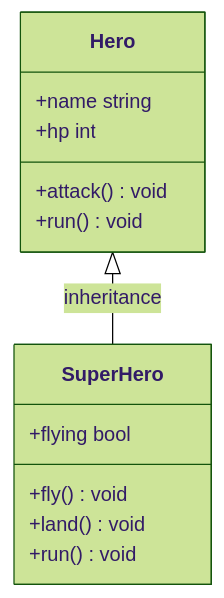
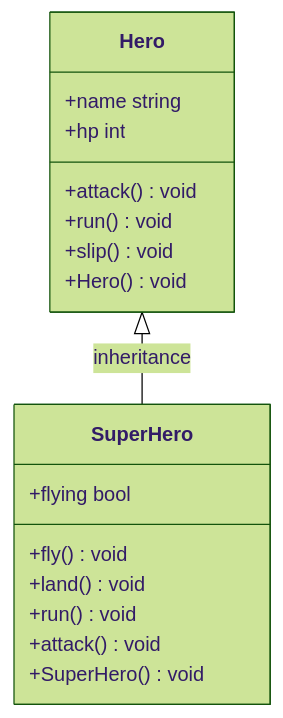
The diagram in chapter3/Class.md (naorex/Sukkiri_Java_beginner), drawn with Mermaid (forest theme) before and after one commit. The commit also changed 2 other files, not shown here.

Commit message:
today's progress (page 373)

````diff
--- a/chapter3/Class.md
+++ b/chapter3/Class.md
@@ -1,20 +1,24 @@
 ```mermaid
 classDiagram
 
 class Hero{
     +name string
     +hp int
     +attack() void
     +run() void
+    +slip() void
+    +Hero() void
 }
 
 class SuperHero{
     +flying bool
     +fly() void
     +land() void
     +run() void
+    +attack() void
+    +SuperHero() void
 }
 
 Hero <|-- SuperHero : inheritance
 
 ```
````
